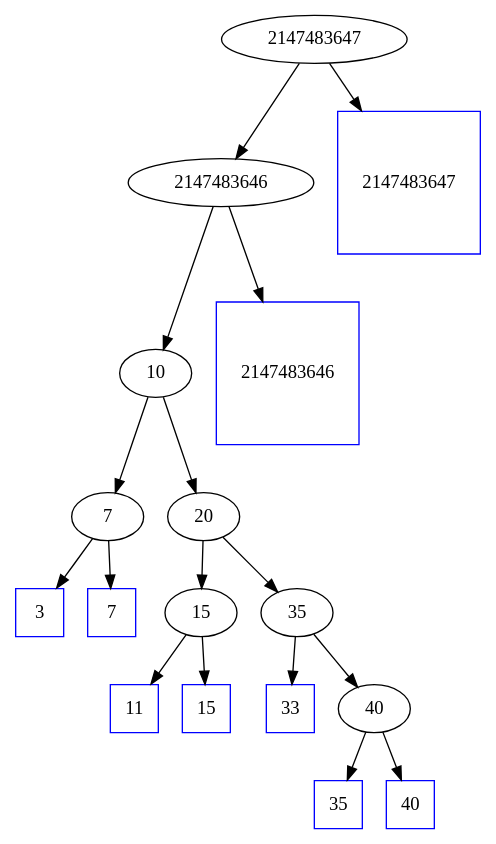
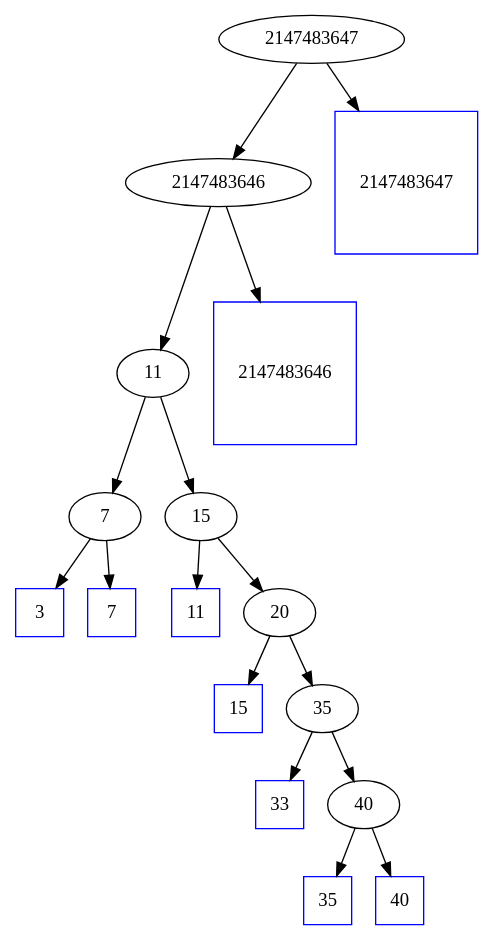
One commit to ishepard/BinarySearchTree changed the diagram in tree.dot. Above: the diagram before and after it, drawn with Graphviz. The commit also changed 16 other files, not shown here.

```diff
--- a/tree.dot
+++ b/tree.dot
@@ -1,27 +1,27 @@
 digraph graphname {
 2147483647 -> 2147483646;
-2147483646 -> 10;
-10 -> 7;
+2147483646 -> 11;
+11 -> 7;
 7 -> "Leaf 3";
 "Leaf 3"	[label=3, shape=box, regular=1, color="blue"];
 7 -> "Leaf 7";
 "Leaf 7"	[label=7, shape=box, regular=1, color="blue"];
-10 -> 20;
-20 -> 15;
+11 -> 15;
 15 -> "Leaf 11";
 "Leaf 11"	[label=11, shape=box, regular=1, color="blue"];
-15 -> "Leaf 15";
+15 -> 20;
+20 -> "Leaf 15";
 "Leaf 15"	[label=15, shape=box, regular=1, color="blue"];
 20 -> 35;
 35 -> "Leaf 33";
 "Leaf 33"	[label=33, shape=box, regular=1, color="blue"];
 35 -> 40;
 40 -> "Leaf 35";
 "Leaf 35"	[label=35, shape=box, regular=1, color="blue"];
 40 -> "Leaf 40";
 "Leaf 40"	[label=40, shape=box, regular=1, color="blue"];
 2147483646 -> "Leaf 2147483646";
 "Leaf 2147483646"	[label=2147483646, shape=box, regular=1, color="blue"];
 2147483647 -> "Leaf 2147483647";
 "Leaf 2147483647"	[label=2147483647, shape=box, regular=1, color="blue"];
 }
```
